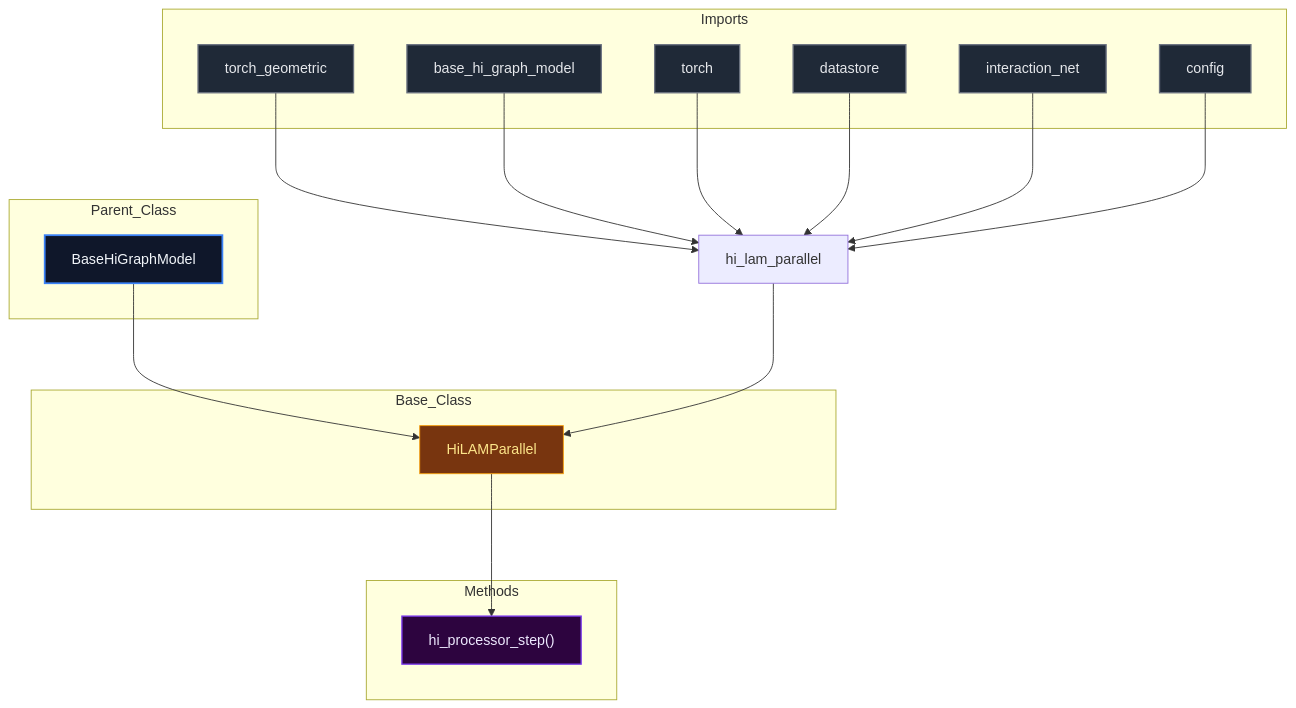
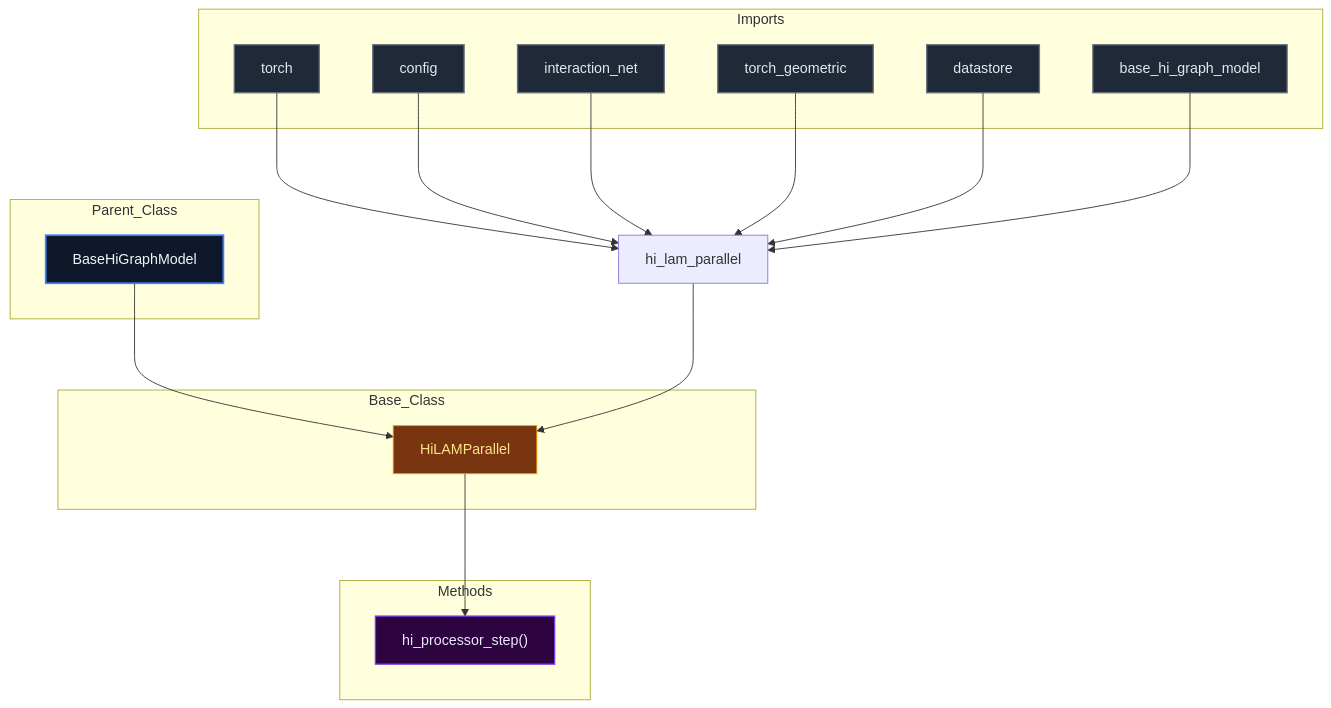
One commit to mllam/neural-lam changed the diagram in docs/diagrams/hi_lam_parallel_diagram.md. Above: the diagram before and after it, drawn with Mermaid. The commit also changed 21 other files, not shown here.

Commit message:
Auto-update Mermaid diagrams

````diff
--- a/docs/diagrams/hi_lam_parallel_diagram.md
+++ b/docs/diagrams/hi_lam_parallel_diagram.md
@@ -1,50 +1,50 @@
 ```mermaid
 %%{init: {'flowchart': {'nodeSpacing': 60, 'rankSpacing': 80}}}%%
 flowchart TD
 
 module["hi_lam_parallel"]
 
 subgraph Parent_Class
     BaseHiGraphModel["BaseHiGraphModel"]
 end
 
 subgraph Base_Class
     HiLAMParallel["HiLAMParallel"]
 end
 
     BaseHiGraphModel --> HiLAMParallel
 
 subgraph Imports
+    torch["torch"]
+    config["config"]
+    interaction_net["interaction_net"]
     torch_geometric["torch_geometric"]
+    datastore["datastore"]
     base_hi_graph_model["base_hi_graph_model"]
-    torch["torch"]
-    datastore["datastore"]
-    interaction_net["interaction_net"]
-    config["config"]
 end
 
+    torch --> module
+    config --> module
+    interaction_net --> module
     torch_geometric --> module
+    datastore --> module
     base_hi_graph_model --> module
-    torch --> module
-    datastore --> module
-    interaction_net --> module
-    config --> module
     module --> HiLAMParallel
 
 subgraph Methods
     HiLAMParallel_hi_processor_step["hi_processor_step()"]
 end
 
     HiLAMParallel --> HiLAMParallel_hi_processor_step
 
 classDef parent fill:#0f172a,stroke:#3b82f6,stroke-width:2px,color:#f1f5f9,font-size:16px
 classDef base fill:#78350f,stroke:#f59e0b,stroke-width:1px,color:#fde68a,font-size:16px
 classDef import fill:#1f2937,stroke:#6b7280,stroke-width:1.5px,color:#e5e7eb,font-size:16px
 classDef method fill:#2d043f,stroke:#7c3aed,stroke-width:1.5px,color:#ede9fe,font-size:16px
 classDef callNode fill:#064e3b,stroke:#10b981,stroke-width:1.5px,color:#d1fae5,font-size:16px
 class BaseHiGraphModel parent
 class HiLAMParallel base
-class torch_geometric,base_hi_graph_model,torch,datastore,interaction_net,config import
+class torch,config,interaction_net,torch_geometric,datastore,base_hi_graph_model import
 class HiLAMParallel_hi_processor_step method
 
 ```
````
